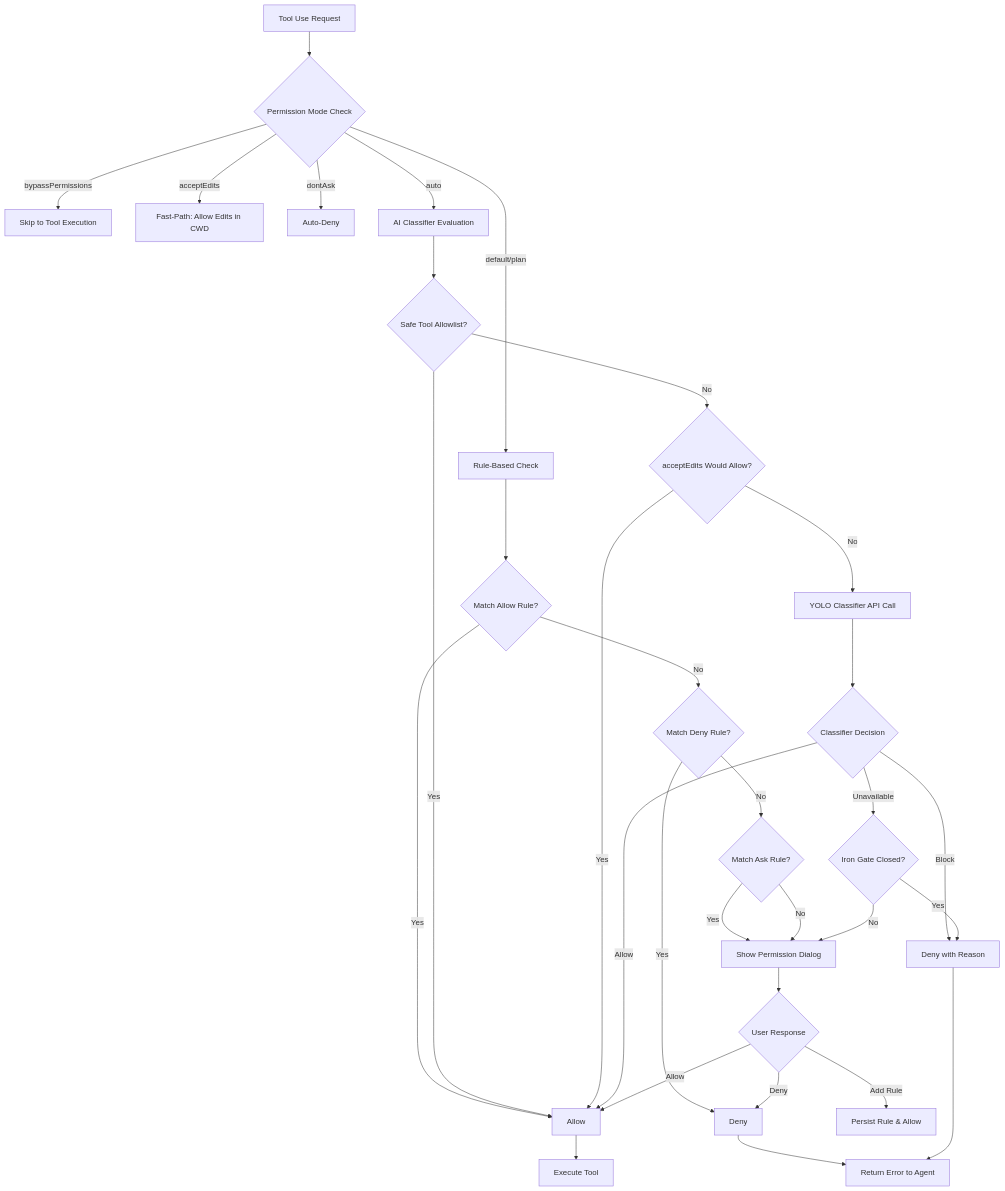
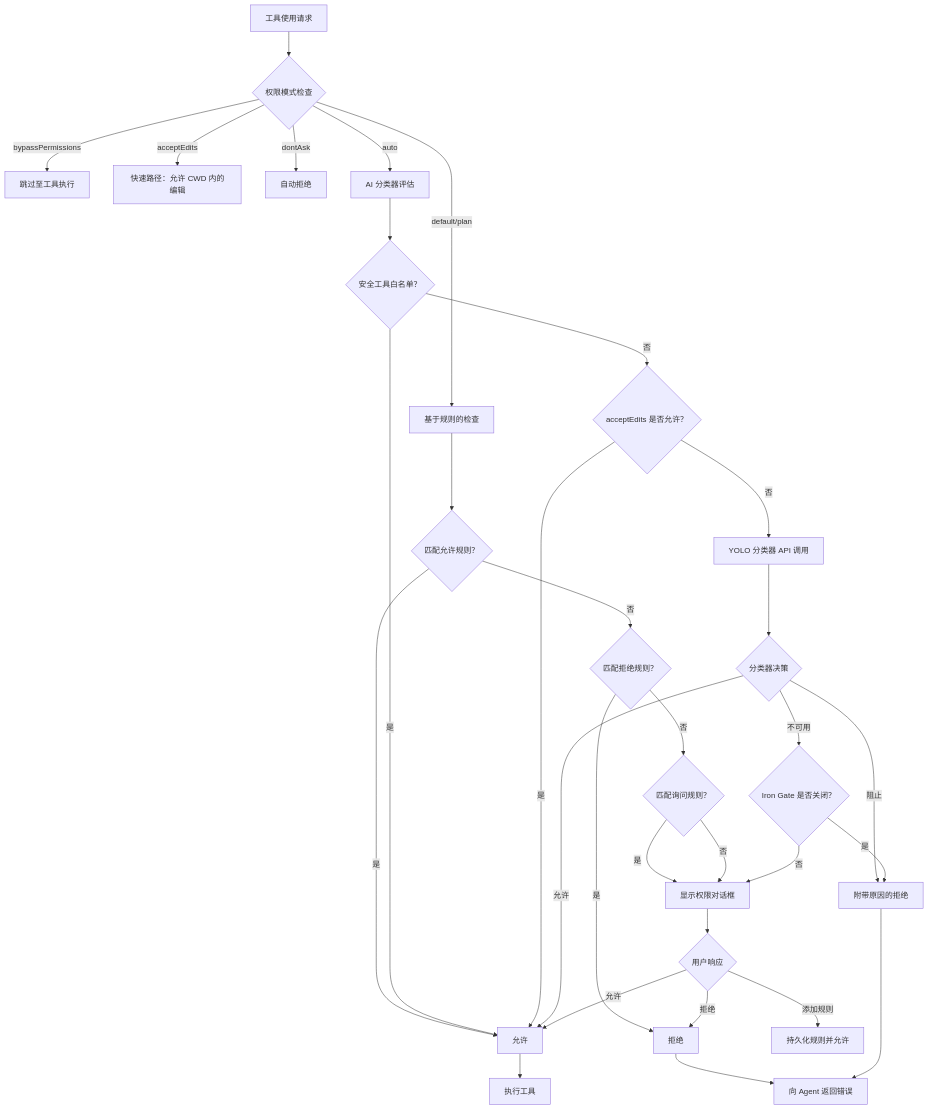
One commit to giraffe-tree/agent-base changed the first of 3 diagrams in docs/claude-code/10-claude-code-safety-control.md. Above: the diagram before and after it, drawn with Mermaid. The commit also changed other lines of this file, not shown here.

````diff
--- a/docs/claude-code/10-claude-code-safety-control.md
+++ b/docs/claude-code/10-claude-code-safety-control.md
@@ -26,38 +26,38 @@
 ```mermaid
 flowchart TD
-    A[Tool Use Request] --> B{Permission Mode Check}
-    B -->|bypassPermissions| C[Skip to Tool Execution]
-    B -->|default/plan| D[Rule-Based Check]
-    B -->|acceptEdits| E[Fast-Path: Allow Edits in CWD]
-    B -->|dontAsk| F[Auto-Deny]
-    B -->|auto| G[AI Classifier Evaluation]
+    A[工具使用请求] --> B{权限模式检查}
+    B -->|bypassPermissions| C[跳过至工具执行]
+    B -->|default/plan| D[基于规则的检查]
+    B -->|acceptEdits| E[快速路径：允许 CWD 内的编辑]
+    B -->|dontAsk| F[自动拒绝]
+    B -->|auto| G[AI 分类器评估]
 
-    D --> H{Match Allow Rule?}
-    H -->|Yes| I[Allow]
-    H -->|No| J{Match Deny Rule?}
-    J -->|Yes| K[Deny]
-    J -->|No| L{Match Ask Rule?}
-    L -->|Yes| M[Show Permission Dialog]
-    L -->|No| M
+    D --> H{匹配允许规则？}
+    H -->|是| I[允许]
+    H -->|否| J{匹配拒绝规则？}
+    J -->|是| K[拒绝]
+    J -->|否| L{匹配询问规则？}
+    L -->|是| M[显示权限对话框]
+    L -->|否| M
 
-    G --> N{Safe Tool Allowlist?}
-    N -->|Yes| I
-    N -->|No| O{acceptEdits Would Allow?}
-    O -->|Yes| I
-    O -->|No| P[YOLO Classifier API Call]
-    P --> Q{Classifier Decision}
-    Q -->|Allow| I
-    Q -->|Block| R[Deny with Reason]
-    Q -->|Unavailable| S{Iron Gate Closed?}
-    S -->|Yes| R
-    S -->|No| M
+    G --> N{安全工具白名单？}
+    N -->|是| I
+    N -->|否| O{acceptEdits 是否允许？}
+    O -->|是| I
+    O -->|否| P[YOLO 分类器 API 调用]
+    P --> Q{分类器决策}
+    Q -->|允许| I
+    Q -->|阻止| R[附带原因的拒绝]
+    Q -->|不可用| S{Iron Gate 是否关闭？}
+    S -->|是| R
+    S -->|否| M
 
-    M --> T{User Response}
-    T -->|Allow| I
-    T -->|Deny| K
-    T -->|Add Rule| U[Persist Rule & Allow]
+    M --> T{用户响应}
+    T -->|允许| I
+    T -->|拒绝| K
+    T -->|添加规则| U[持久化规则并允许]
 
-    I --> V[Execute Tool]
-    K --> W[Return Error to Agent]
+    I --> V[执行工具]
+    K --> W[向 Agent 返回错误]
     R --> W
 ```
````
